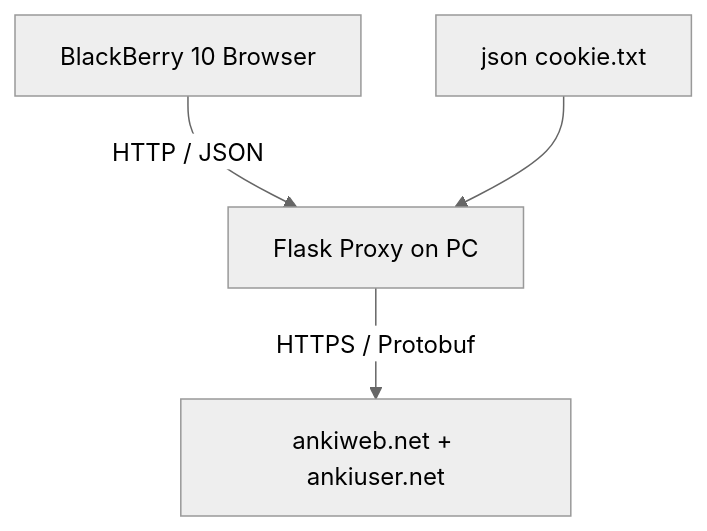
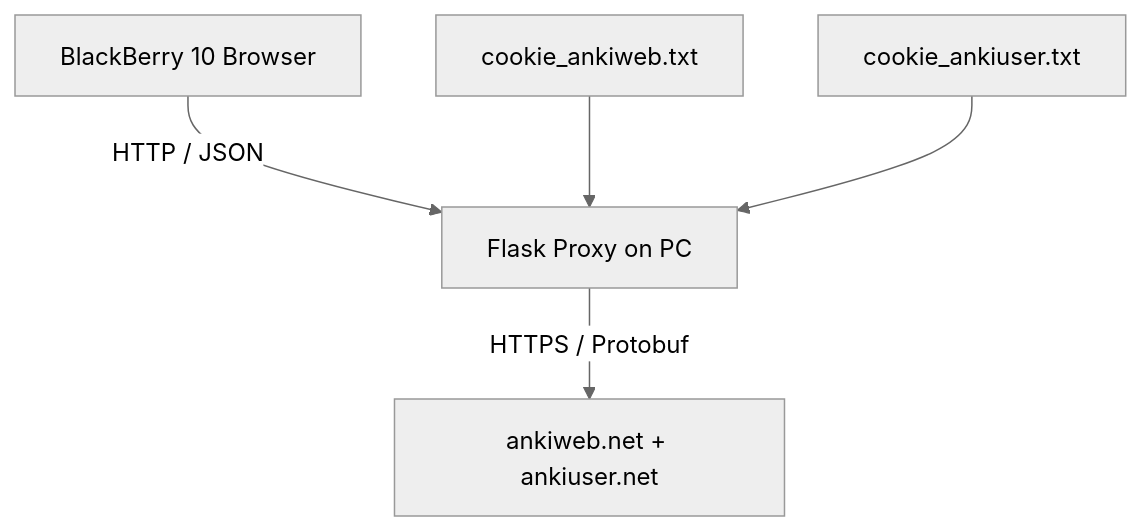
The diagram in README_WEB.md (bechovang/AnkiBerry), drawn with Mermaid (neutral theme) before and after one commit. The commit also changed other lines of this file and 1 other file, not shown here.

First line of the commit message:
Update all docs: cookie setup, install steps, project paths

````diff
--- a/README_WEB.md
+++ b/README_WEB.md
@@ -25,6 +25,7 @@
 ```mermaid
 graph TD
     BB10[BlackBerry 10 Browser] -->|HTTP / JSON| Flask[Flask Proxy on PC]
     Flask -->|HTTPS / Protobuf| AnkiWeb[ankiweb.net + ankiuser.net]
-    Cookie[json cookie.txt] --> Flask
+    Cookie1[cookie_ankiweb.txt] --> Flask
+    Cookie2[cookie_ankiuser.txt] --> Flask
 ```
````
